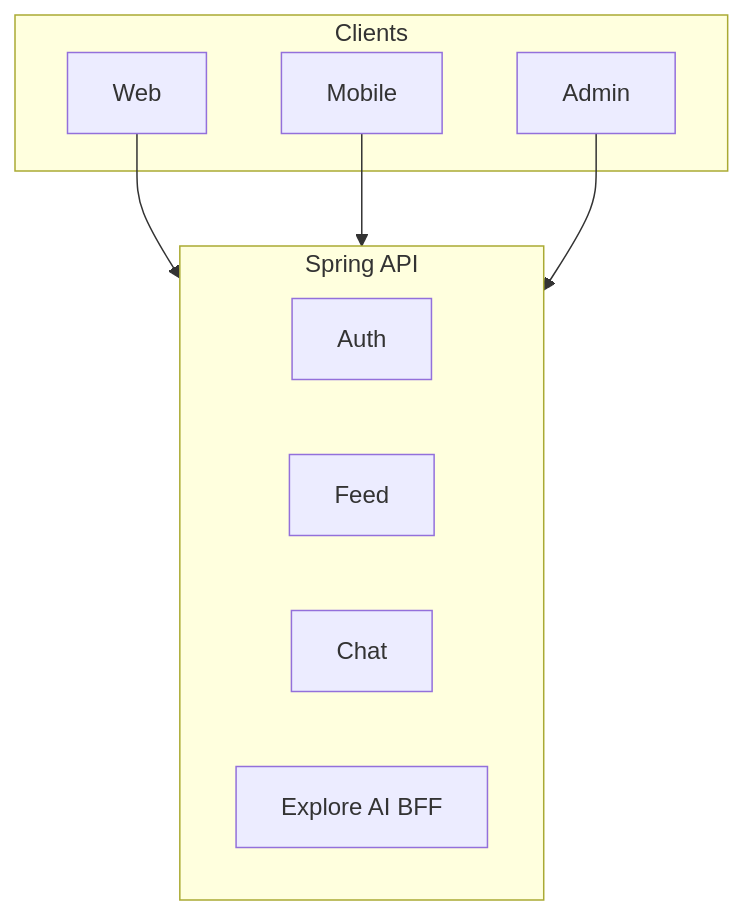
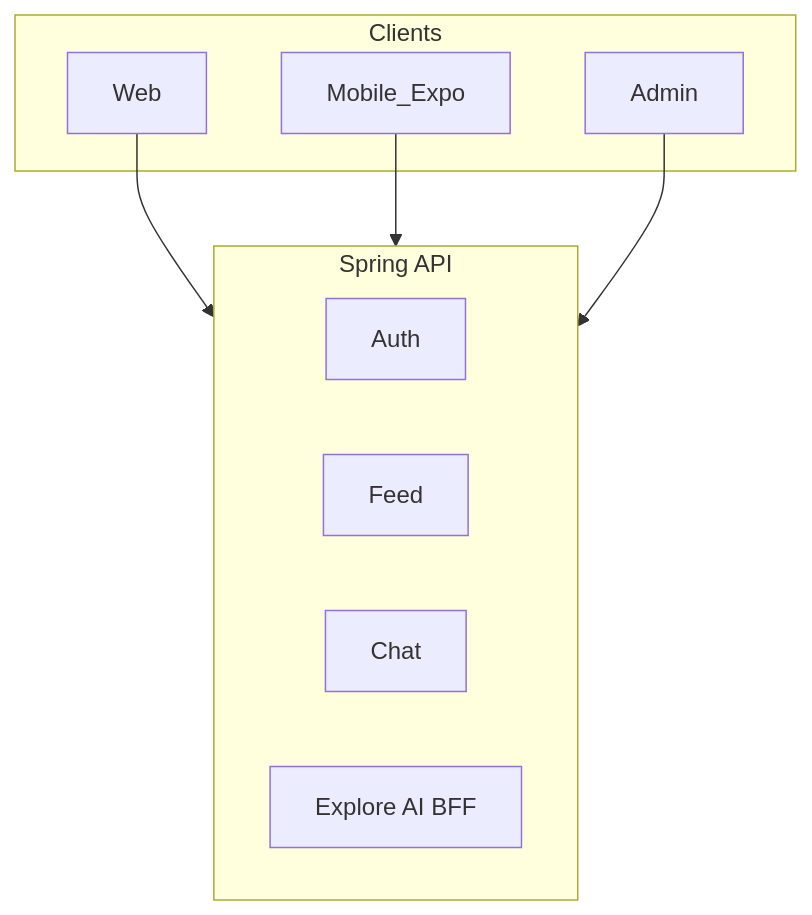
One commit to felixzhu97/explore-chat changed the diagram in docs/Glossary.md. Above: the diagram before and after it, drawn with Mermaid. The commit also changed other lines of this file and 10 other files, not shown here.

````diff
--- a/docs/Glossary.md
+++ b/docs/Glossary.md
@@ -50,17 +50,17 @@
 ```mermaid
 flowchart TB
   subgraph clients [Clients]
     Web[Web]
-    Mobile[Mobile]
+    Mobile[Mobile_Expo]
     AdminApp[Admin]
   end
   subgraph api [Spring API]
     Auth
     Feed
     Chat
     ExploreBFF[Explore AI BFF]
   end
   Web --> api
   Mobile --> api
   AdminApp --> api
 ```
````
